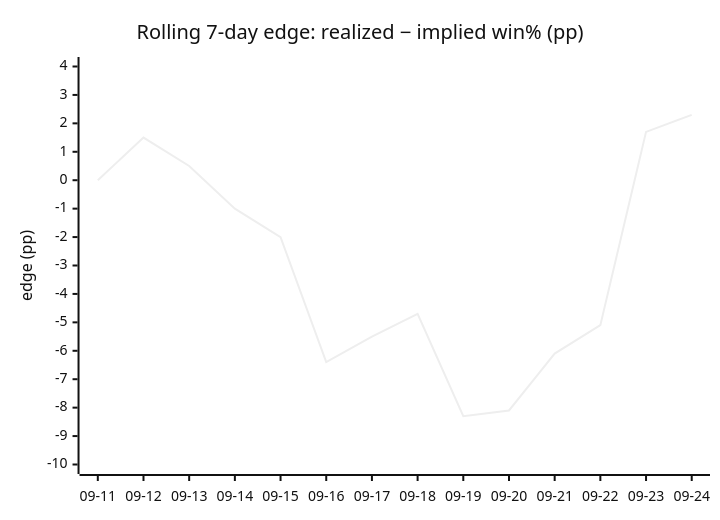
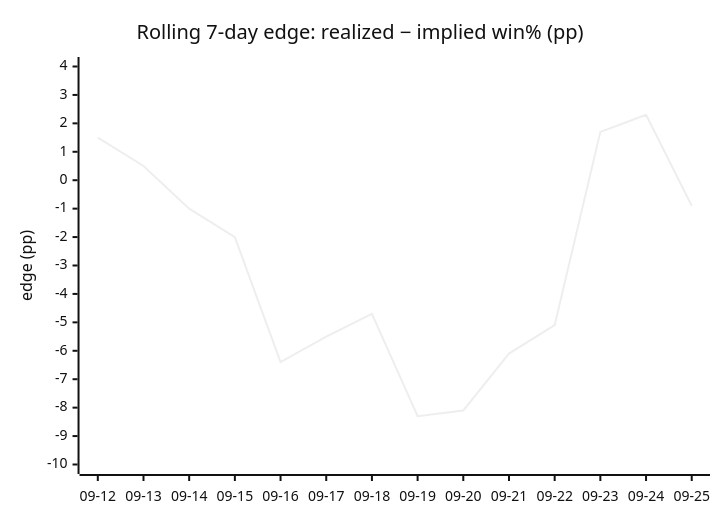
The fourth of 4 diagrams in DAILY_AGSU_REPORT.md (dpk1212/nhl-savant), drawn with Mermaid (neutral theme) before and after one commit. The commit also changed other lines of this file, not shown here.

````diff
--- a/DAILY_AGSU_REPORT.md
+++ b/DAILY_AGSU_REPORT.md
@@ -871,7 +871,7 @@
 ```mermaid
 xychart-beta
     title "Rolling 7-day edge: realized − implied win% (pp)"
-    x-axis ["09-11", "09-12", "09-13", "09-14", "09-15", "09-16", "09-17", "09-18", "09-19", "09-20", "09-21", "09-22", "09-23", "09-24"]
+    x-axis ["09-12", "09-13", "09-14", "09-15", "09-16", "09-17", "09-18", "09-19", "09-20", "09-21", "09-22", "09-23", "09-24", "09-25"]
     y-axis "edge (pp)" -10 --> 4
-    line [0, 1.5, 0.5, -1, -2, -6.4, -5.5, -4.7, -8.3, -8.1, -6.1, -5.1, 1.7, 2.3]
+    line [1.5, 0.5, -1, -2, -6.4, -5.5, -4.7, -8.3, -8.1, -6.1, -5.1, 1.7, 2.3, -0.9]
 ```
````
